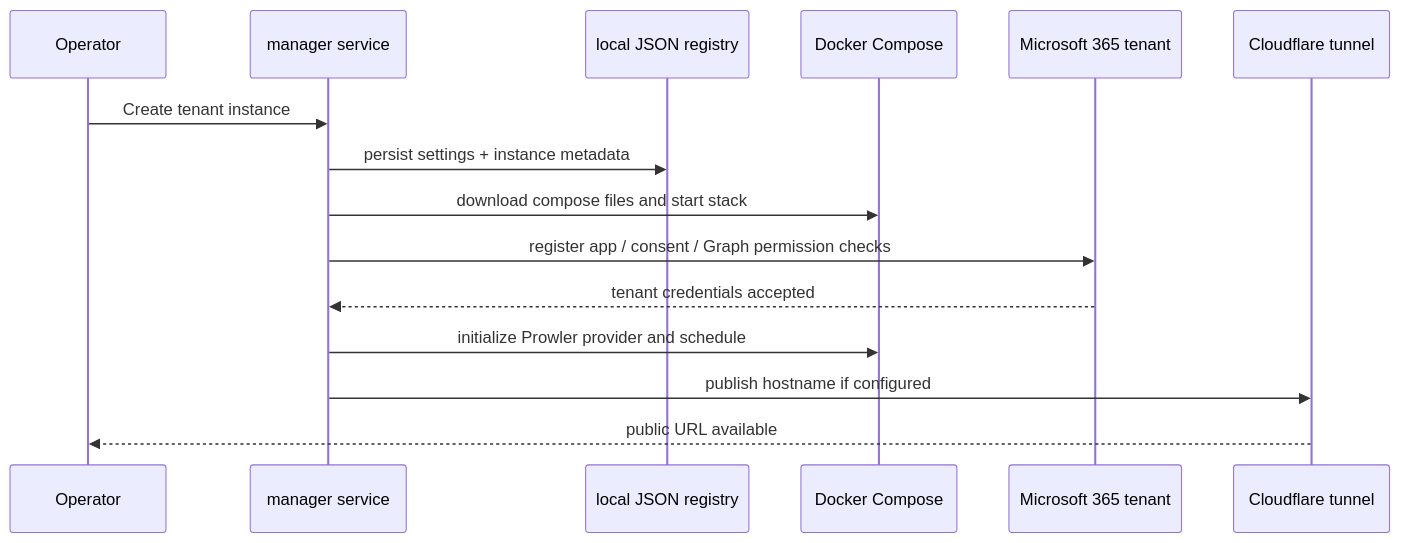
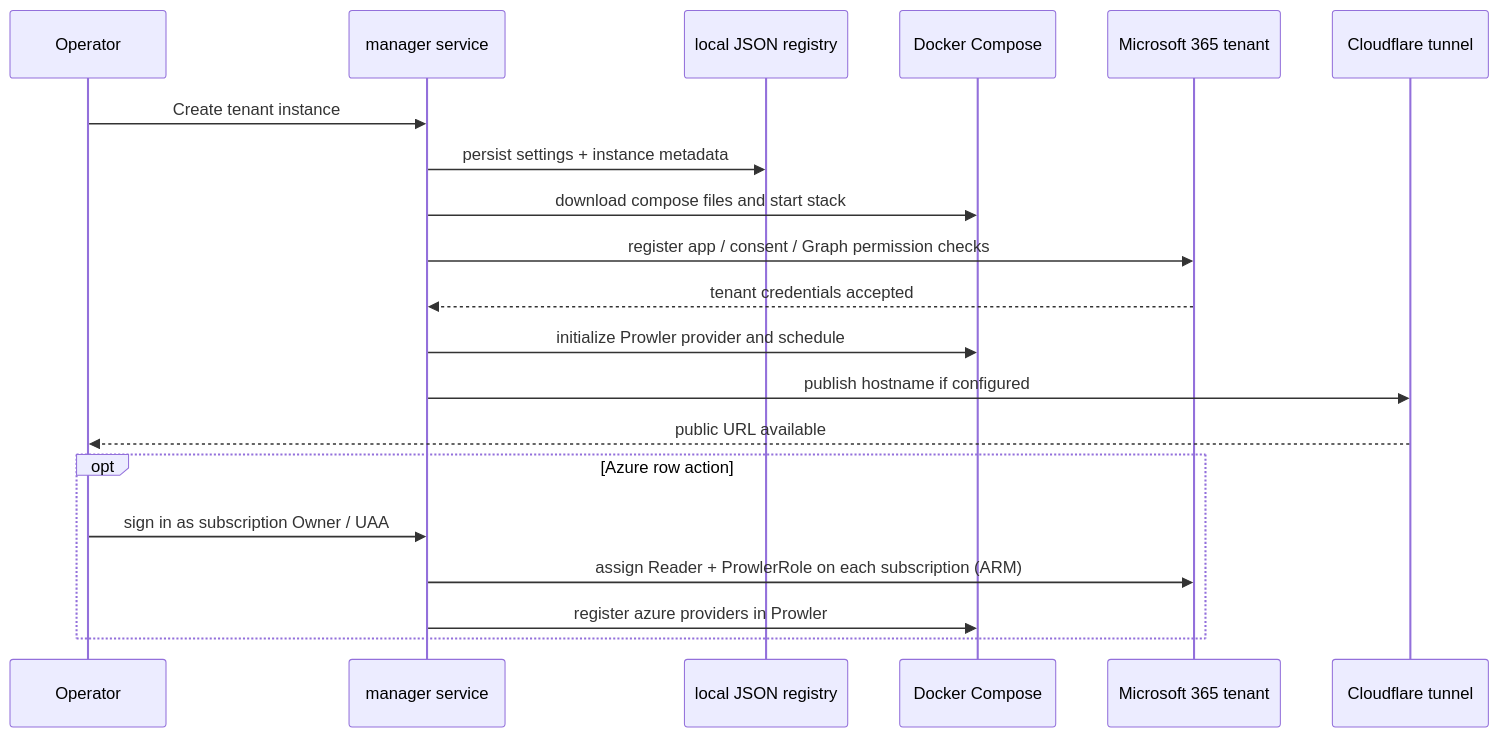
One commit to lotrasoft/prowler-manage changed the diagram in diagrams/data-flow.mmd. Above: the diagram before and after it, drawn with Mermaid. The commit also changed 14 other files, not shown here.

Commit message:
feat: add Azure provider setup and integration for Prowler

```diff
--- a/diagrams/data-flow.mmd
+++ b/diagrams/data-flow.mmd
@@ -1,16 +1,21 @@
 sequenceDiagram
     participant Operator as Operator
     participant Manager as manager service
     participant Store as local JSON registry
     participant Docker as Docker Compose
     participant Tenant as Microsoft 365 tenant
     participant Cloudflare as Cloudflare tunnel
 
     Operator->>Manager: Create tenant instance
     Manager->>Store: persist settings + instance metadata
     Manager->>Docker: download compose files and start stack
     Manager->>Tenant: register app / consent / Graph permission checks
     Tenant-->>Manager: tenant credentials accepted
     Manager->>Docker: initialize Prowler provider and schedule
     Manager->>Cloudflare: publish hostname if configured
     Cloudflare-->>Operator: public URL available
+    opt Azure row action
+        Operator->>Manager: sign in as subscription Owner / UAA
+        Manager->>Tenant: assign Reader + ProwlerRole on each subscription (ARM)
+        Manager->>Docker: register azure providers in Prowler
+    end
```
